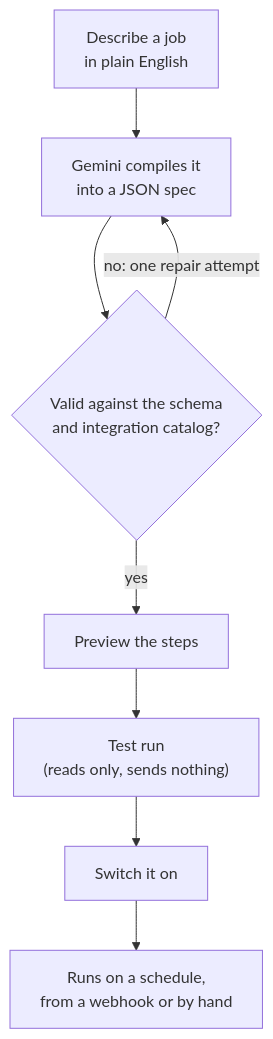
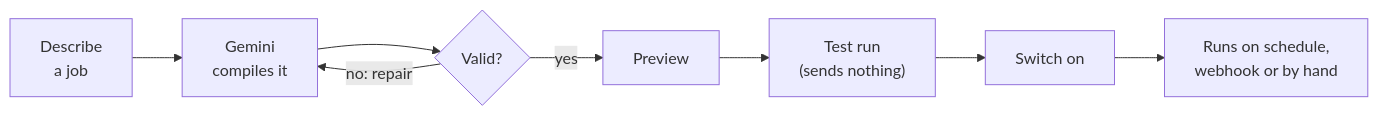
One commit to PrajwatSrivastava/AgentDesk-AI-Workflow changed the first of 2 diagrams in README.md. Above: the diagram before and after it, drawn with Mermaid. The commit also changed other lines of this file, not shown here.

````diff
--- a/README.md
+++ b/README.md
@@ -52,10 +52,10 @@
 ```mermaid
-flowchart TD
-    A["Describe a job<br/>in plain English"] --> B["Gemini compiles it<br/>into a JSON spec"]
-    B --> C{"Valid against the schema<br/>and integration catalog?"}
-    C -- "no: one repair attempt" --> B
-    C -- yes --> D["Preview the steps"]
-    D --> E["Test run<br/>(reads only, sends nothing)"]
-    E --> F["Switch it on"]
-    F --> G["Runs on a schedule,<br/>from a webhook or by hand"]
+flowchart LR
+    A["Describe<br/>a job"] --> B["Gemini<br/>compiles it"]
+    B --> C{"Valid?"}
+    C -- "no: repair" --> B
+    C -- yes --> D["Preview"]
+    D --> E["Test run<br/>(sends nothing)"]
+    E --> F["Switch on"]
+    F --> G["Runs on schedule,<br/>webhook or by hand"]
 ```
````
